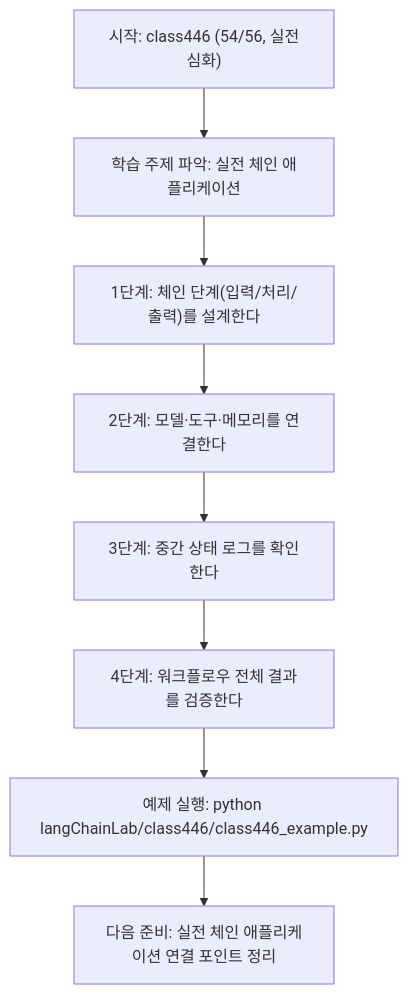
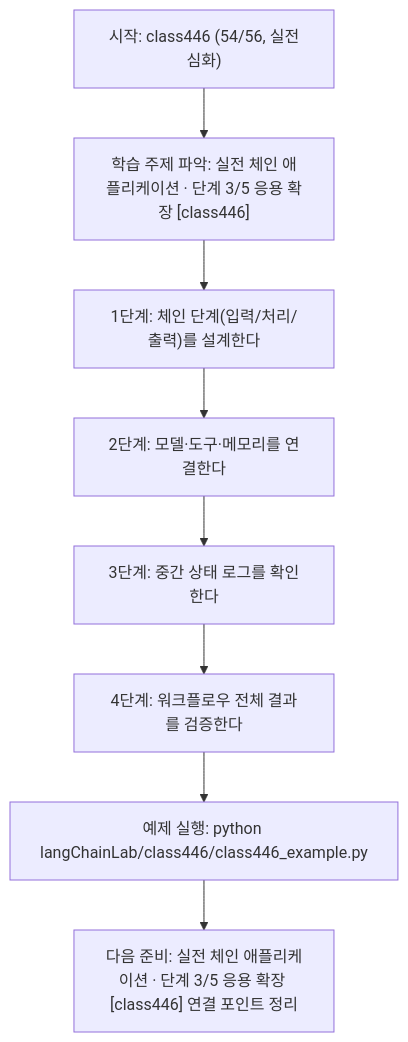
Before and after one commit to edumgt/Python-AI_Agent-Class: the diagram in langChainLab/class446/class446.md, drawn with Mermaid. The commit also changed other lines of this file and 522 other files, not shown here.

````diff
--- a/langChainLab/class446/class446.md
+++ b/langChainLab/class446/class446.md
@@ -109,18 +110,18 @@
 ```mermaid
 flowchart TD
 N1["시작: class446 (54/56, 실전심화)"]
-N2["학습 주제 파악: 실전 체인 애플리케이션"]
+N2["학습 주제 파악: 실전 체인 애플리케이션 · 단계 3/5 응용 확장 [class446]"]
 N3["1단계: 체인 단계(입력/처리/출력)를 설계한다"]
 N4["2단계: 모델·도구·메모리를 연결한다"]
 N5["3단계: 중간 상태 로그를 확인한다"]
 N6["4단계: 워크플로우 전체 결과를 검증한다"]
 N7["예제 실행: python langChainLab/class446/class446_example.py"]
-N8["다음 준비: 실전 체인 애플리케이션 연결 포인트 정리"]
+N8["다음 준비: 실전 체인 애플리케이션 · 단계 3/5 응용 확장 [class446] 연결 포인트 정리"]
 N1 --> N2
 N2 --> N3
 N3 --> N4
 N4 --> N5
 N5 --> N6
 N6 --> N7
 N7 --> N8
 ```
````
